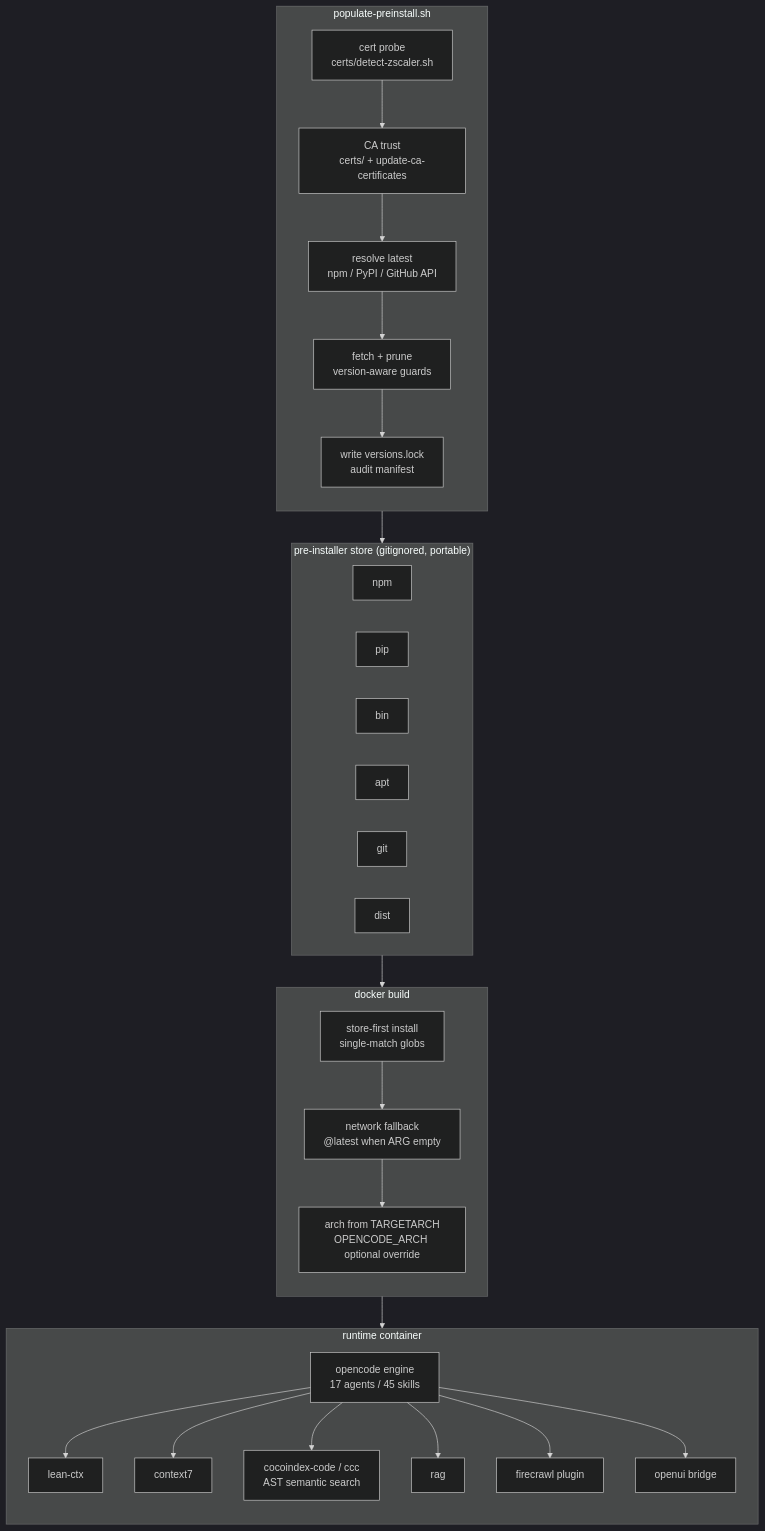
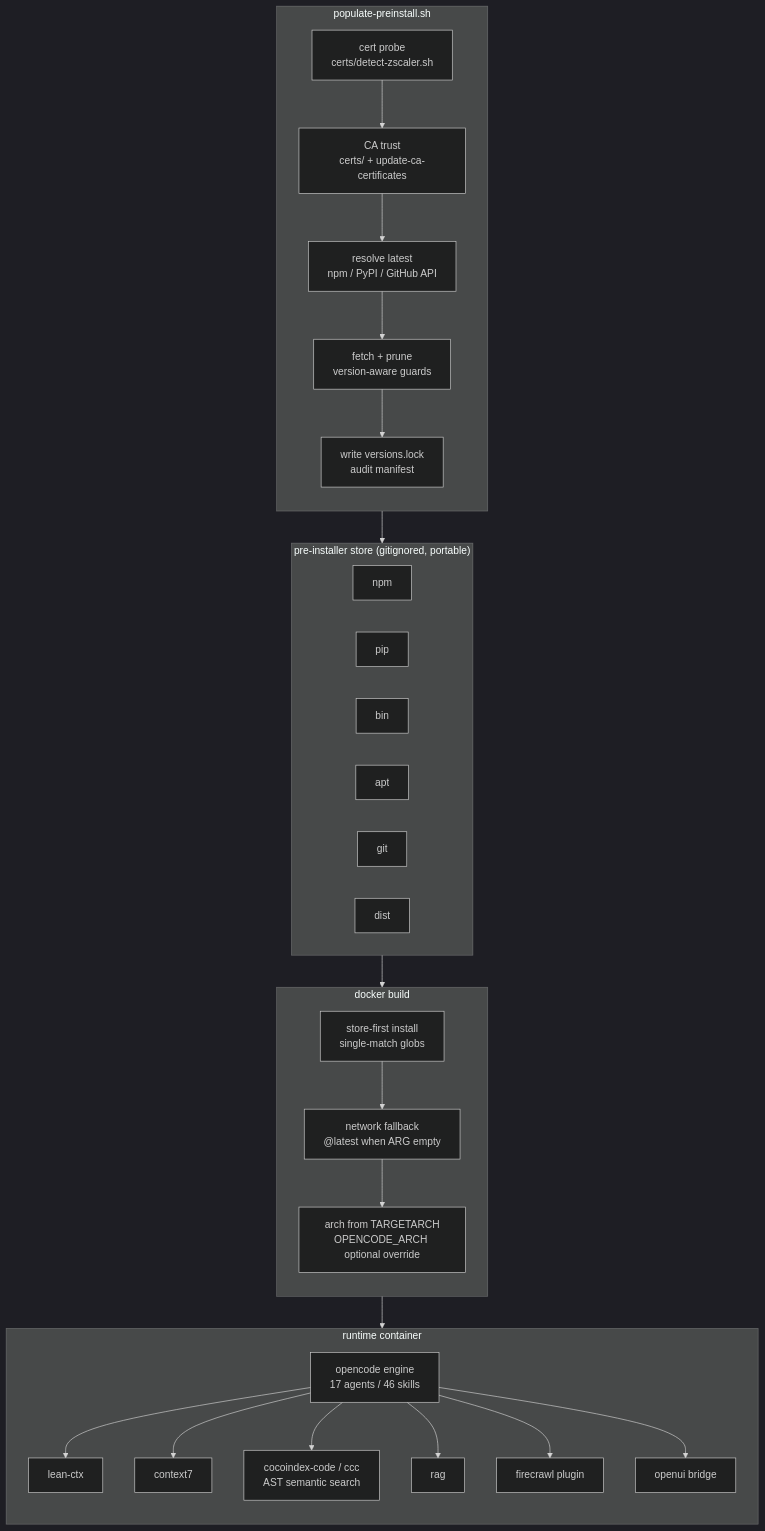
One commit to RizkiRachman/utility changed the first of 2 diagrams in workspace/agents/opencode/docs/opencode-workflow.md. Above: the diagram before and after it, drawn with Mermaid (dark theme). The commit also changed 5 other files, not shown here.

````diff
--- a/workspace/agents/opencode/docs/opencode-workflow.md
+++ b/workspace/agents/opencode/docs/opencode-workflow.md
@@ -10,41 +10,41 @@
 ```mermaid
 flowchart TB
     subgraph POP["populate-preinstall.sh"]
         direction TB
         P1["cert probe<br/>certs/detect-zscaler.sh"] --> P2["CA trust<br/>certs/ + update-ca-certificates"]
         P2 --> P3["resolve latest<br/>npm / PyPI / GitHub API"]
         P3 --> P4["fetch + prune<br/>version-aware guards"]
         P4 --> P5["write versions.lock<br/>audit manifest"]
     end
 
     subgraph STORE["pre-installer store (gitignored, portable)"]
         direction LR
         S1["npm"]
         S2["pip"]
         S3["bin"]
         S4["apt"]
         S5["git"]
         S6["dist"]
     end
 
     subgraph BUILD["docker build"]
         direction TB
         B1["store-first install<br/>single-match globs"] --> B2["network fallback<br/>@latest when ARG empty"]
         B2 --> B3["arch from TARGETARCH<br/>OPENCODE_ARCH optional override"]
     end
 
     subgraph RUN["runtime container"]
         direction TB
-        R1["opencode engine<br/>17 agents / 45 skills"]
+        R1["opencode engine<br/>17 agents / 46 skills"]
         R1 --> R2["lean-ctx"]
         R1 --> R3["context7"]
         R1 --> R4["cocoindex-code / ccc<br/>AST semantic search"]
         R1 --> R5["rag"]
         R1 --> R6["firecrawl plugin"]
         R1 --> R7["openui bridge"]
     end
 
     P5 --> S1
     STORE --> B1
     B3 --> R1
 ```
````
